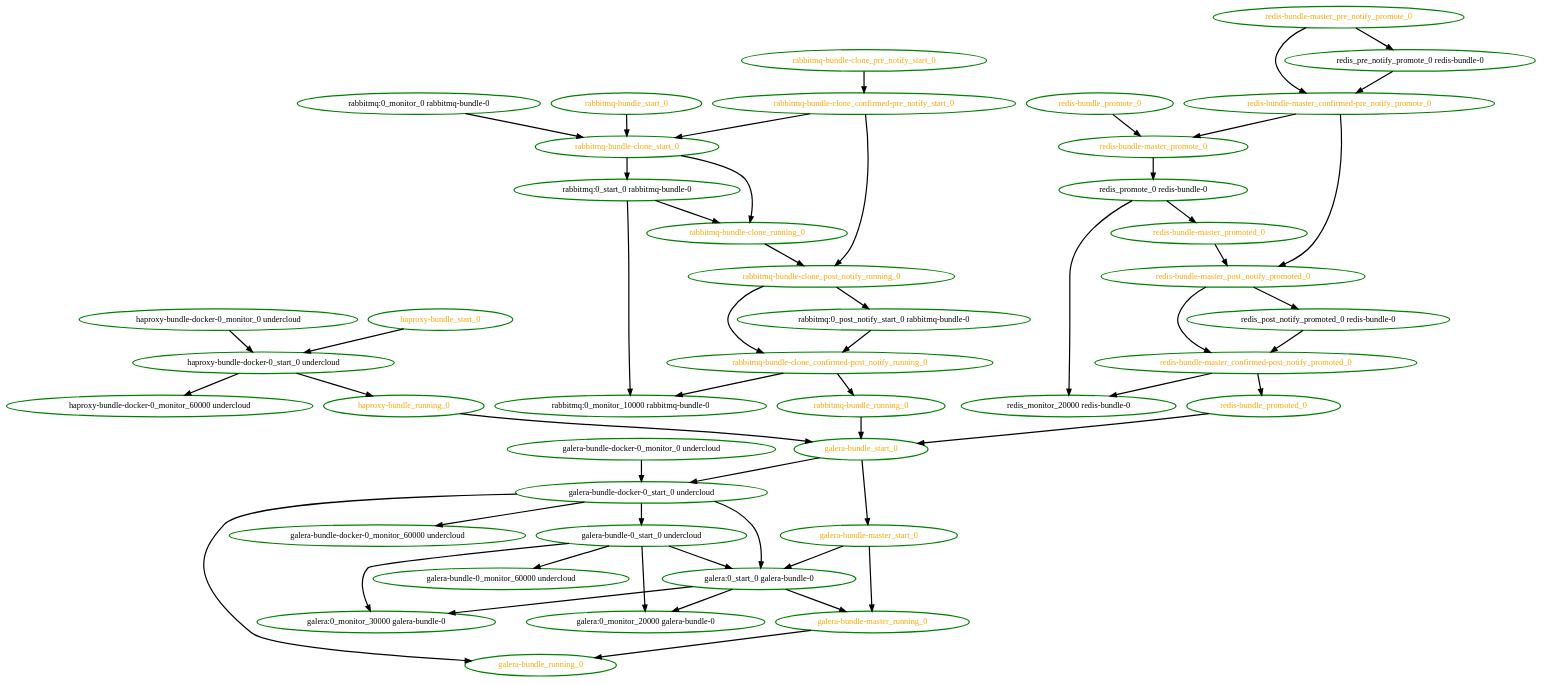
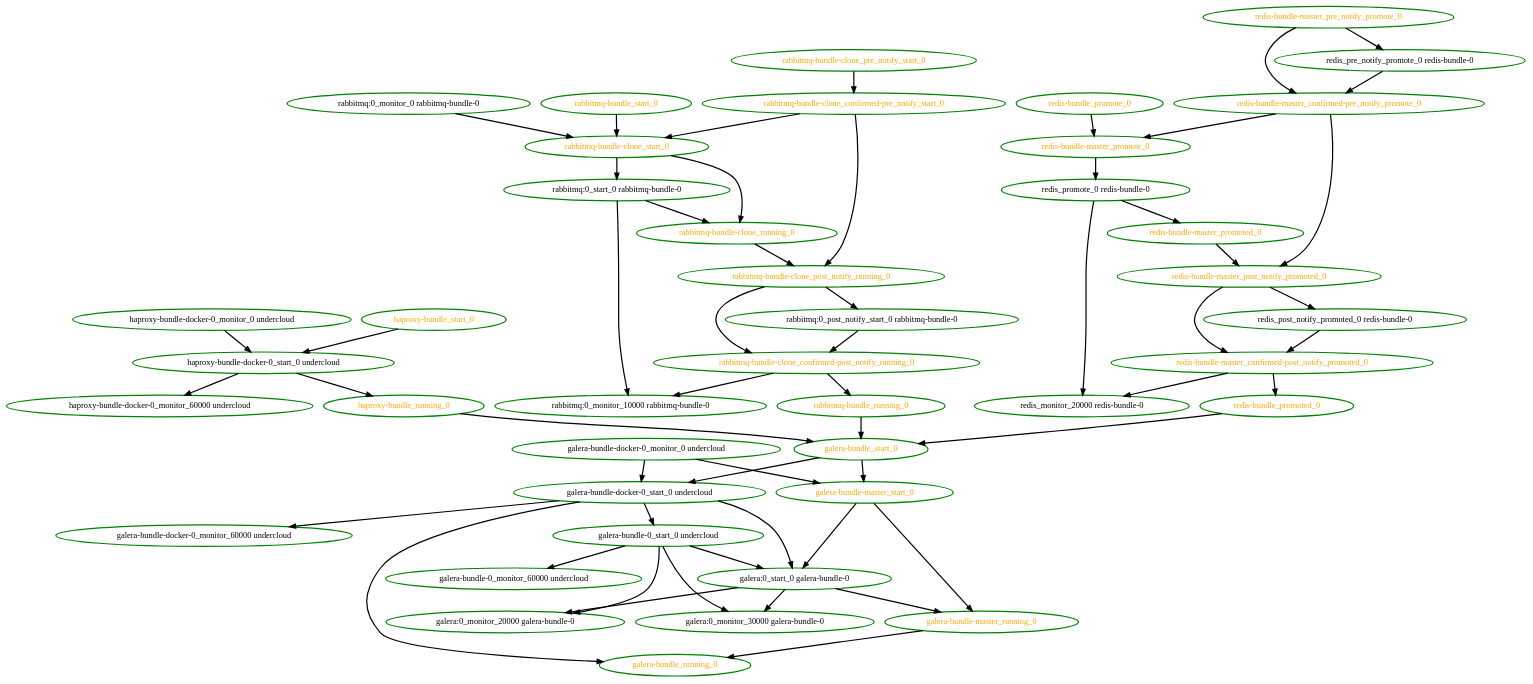
One commit to ClusterLabs/pacemaker changed the diagram in pengine/test10/bundle-order-partial-start.dot. Above: the diagram before and after it, drawn with Graphviz. The commit also changed 38 other files, not shown here.

```diff
--- a/pengine/test10/bundle-order-partial-start.dot
+++ b/pengine/test10/bundle-order-partial-start.dot
@@ -1,97 +1,98 @@
 digraph "g" {
 "galera-bundle-0_monitor_60000 undercloud" [ style=bold color="green" fontcolor="black"]
 "galera-bundle-0_start_0 undercloud" -> "galera-bundle-0_monitor_60000 undercloud" [ style = bold]
 "galera-bundle-0_start_0 undercloud" -> "galera:0_monitor_20000 galera-bundle-0" [ style = bold]
 "galera-bundle-0_start_0 undercloud" -> "galera:0_monitor_30000 galera-bundle-0" [ style = bold]
 "galera-bundle-0_start_0 undercloud" -> "galera:0_start_0 galera-bundle-0" [ style = bold]
 "galera-bundle-0_start_0 undercloud" [ style=bold color="green" fontcolor="black"]
 "galera-bundle-docker-0_monitor_0 undercloud" -> "galera-bundle-docker-0_start_0 undercloud" [ style = bold]
+"galera-bundle-docker-0_monitor_0 undercloud" -> "galera-bundle-master_start_0" [ style = bold]
 "galera-bundle-docker-0_monitor_0 undercloud" [ style=bold color="green" fontcolor="black"]
 "galera-bundle-docker-0_monitor_60000 undercloud" [ style=bold color="green" fontcolor="black"]
 "galera-bundle-docker-0_start_0 undercloud" -> "galera-bundle-0_start_0 undercloud" [ style = bold]
 "galera-bundle-docker-0_start_0 undercloud" -> "galera-bundle-docker-0_monitor_60000 undercloud" [ style = bold]
 "galera-bundle-docker-0_start_0 undercloud" -> "galera-bundle_running_0" [ style = bold]
 "galera-bundle-docker-0_start_0 undercloud" -> "galera:0_start_0 galera-bundle-0" [ style = bold]
 "galera-bundle-docker-0_start_0 undercloud" [ style=bold color="green" fontcolor="black"]
 "galera-bundle-master_running_0" -> "galera-bundle_running_0" [ style = bold]
 "galera-bundle-master_running_0" [ style=bold color="green" fontcolor="orange"]
 "galera-bundle-master_start_0" -> "galera-bundle-master_running_0" [ style = bold]
 "galera-bundle-master_start_0" -> "galera:0_start_0 galera-bundle-0" [ style = bold]
 "galera-bundle-master_start_0" [ style=bold color="green" fontcolor="orange"]
 "galera-bundle_running_0" [ style=bold color="green" fontcolor="orange"]
 "galera-bundle_start_0" -> "galera-bundle-docker-0_start_0 undercloud" [ style = bold]
 "galera-bundle_start_0" -> "galera-bundle-master_start_0" [ style = bold]
 "galera-bundle_start_0" [ style=bold color="green" fontcolor="orange"]
 "galera:0_monitor_20000 galera-bundle-0" [ style=bold color="green" fontcolor="black"]
 "galera:0_monitor_30000 galera-bundle-0" [ style=bold color="green" fontcolor="black"]
 "galera:0_start_0 galera-bundle-0" -> "galera-bundle-master_running_0" [ style = bold]
 "galera:0_start_0 galera-bundle-0" -> "galera:0_monitor_20000 galera-bundle-0" [ style = bold]
 "galera:0_start_0 galera-bundle-0" -> "galera:0_monitor_30000 galera-bundle-0" [ style = bold]
 "galera:0_start_0 galera-bundle-0" [ style=bold color="green" fontcolor="black"]
 "haproxy-bundle-docker-0_monitor_0 undercloud" -> "haproxy-bundle-docker-0_start_0 undercloud" [ style = bold]
 "haproxy-bundle-docker-0_monitor_0 undercloud" [ style=bold color="green" fontcolor="black"]
 "haproxy-bundle-docker-0_monitor_60000 undercloud" [ style=bold color="green" fontcolor="black"]
 "haproxy-bundle-docker-0_start_0 undercloud" -> "haproxy-bundle-docker-0_monitor_60000 undercloud" [ style = bold]
 "haproxy-bundle-docker-0_start_0 undercloud" -> "haproxy-bundle_running_0" [ style = bold]
 "haproxy-bundle-docker-0_start_0 undercloud" [ style=bold color="green" fontcolor="black"]
 "haproxy-bundle_running_0" -> "galera-bundle_start_0" [ style = bold]
 "haproxy-bundle_running_0" [ style=bold color="green" fontcolor="orange"]
 "haproxy-bundle_start_0" -> "haproxy-bundle-docker-0_start_0 undercloud" [ style = bold]
 "haproxy-bundle_start_0" [ style=bold color="green" fontcolor="orange"]
 "rabbitmq-bundle-clone_confirmed-post_notify_running_0" -> "rabbitmq-bundle_running_0" [ style = bold]
 "rabbitmq-bundle-clone_confirmed-post_notify_running_0" -> "rabbitmq:0_monitor_10000 rabbitmq-bundle-0" [ style = bold]
 "rabbitmq-bundle-clone_confirmed-post_notify_running_0" [ style=bold color="green" fontcolor="orange"]
 "rabbitmq-bundle-clone_confirmed-pre_notify_start_0" -> "rabbitmq-bundle-clone_post_notify_running_0" [ style = bold]
 "rabbitmq-bundle-clone_confirmed-pre_notify_start_0" -> "rabbitmq-bundle-clone_start_0" [ style = bold]
 "rabbitmq-bundle-clone_confirmed-pre_notify_start_0" [ style=bold color="green" fontcolor="orange"]
 "rabbitmq-bundle-clone_post_notify_running_0" -> "rabbitmq-bundle-clone_confirmed-post_notify_running_0" [ style = bold]
 "rabbitmq-bundle-clone_post_notify_running_0" -> "rabbitmq:0_post_notify_start_0 rabbitmq-bundle-0" [ style = bold]
 "rabbitmq-bundle-clone_post_notify_running_0" [ style=bold color="green" fontcolor="orange"]
 "rabbitmq-bundle-clone_pre_notify_start_0" -> "rabbitmq-bundle-clone_confirmed-pre_notify_start_0" [ style = bold]
 "rabbitmq-bundle-clone_pre_notify_start_0" [ style=bold color="green" fontcolor="orange"]
 "rabbitmq-bundle-clone_running_0" -> "rabbitmq-bundle-clone_post_notify_running_0" [ style = bold]
 "rabbitmq-bundle-clone_running_0" [ style=bold color="green" fontcolor="orange"]
 "rabbitmq-bundle-clone_start_0" -> "rabbitmq-bundle-clone_running_0" [ style = bold]
 "rabbitmq-bundle-clone_start_0" -> "rabbitmq:0_start_0 rabbitmq-bundle-0" [ style = bold]
 "rabbitmq-bundle-clone_start_0" [ style=bold color="green" fontcolor="orange"]
 "rabbitmq-bundle_running_0" -> "galera-bundle_start_0" [ style = bold]
 "rabbitmq-bundle_running_0" [ style=bold color="green" fontcolor="orange"]
 "rabbitmq-bundle_start_0" -> "rabbitmq-bundle-clone_start_0" [ style = bold]
 "rabbitmq-bundle_start_0" [ style=bold color="green" fontcolor="orange"]
 "rabbitmq:0_monitor_0 rabbitmq-bundle-0" -> "rabbitmq-bundle-clone_start_0" [ style = bold]
 "rabbitmq:0_monitor_0 rabbitmq-bundle-0" [ style=bold color="green" fontcolor="black"]
 "rabbitmq:0_monitor_10000 rabbitmq-bundle-0" [ style=bold color="green" fontcolor="black"]
 "rabbitmq:0_post_notify_start_0 rabbitmq-bundle-0" -> "rabbitmq-bundle-clone_confirmed-post_notify_running_0" [ style = bold]
 "rabbitmq:0_post_notify_start_0 rabbitmq-bundle-0" [ style=bold color="green" fontcolor="black"]
 "rabbitmq:0_start_0 rabbitmq-bundle-0" -> "rabbitmq-bundle-clone_running_0" [ style = bold]
 "rabbitmq:0_start_0 rabbitmq-bundle-0" -> "rabbitmq:0_monitor_10000 rabbitmq-bundle-0" [ style = bold]
 "rabbitmq:0_start_0 rabbitmq-bundle-0" [ style=bold color="green" fontcolor="black"]
 "redis-bundle-master_confirmed-post_notify_promoted_0" -> "redis-bundle_promoted_0" [ style = bold]
 "redis-bundle-master_confirmed-post_notify_promoted_0" -> "redis_monitor_20000 redis-bundle-0" [ style = bold]
 "redis-bundle-master_confirmed-post_notify_promoted_0" [ style=bold color="green" fontcolor="orange"]
 "redis-bundle-master_confirmed-pre_notify_promote_0" -> "redis-bundle-master_post_notify_promoted_0" [ style = bold]
 "redis-bundle-master_confirmed-pre_notify_promote_0" -> "redis-bundle-master_promote_0" [ style = bold]
 "redis-bundle-master_confirmed-pre_notify_promote_0" [ style=bold color="green" fontcolor="orange"]
 "redis-bundle-master_post_notify_promoted_0" -> "redis-bundle-master_confirmed-post_notify_promoted_0" [ style = bold]
 "redis-bundle-master_post_notify_promoted_0" -> "redis_post_notify_promoted_0 redis-bundle-0" [ style = bold]
 "redis-bundle-master_post_notify_promoted_0" [ style=bold color="green" fontcolor="orange"]
 "redis-bundle-master_pre_notify_promote_0" -> "redis-bundle-master_confirmed-pre_notify_promote_0" [ style = bold]
 "redis-bundle-master_pre_notify_promote_0" -> "redis_pre_notify_promote_0 redis-bundle-0" [ style = bold]
 "redis-bundle-master_pre_notify_promote_0" [ style=bold color="green" fontcolor="orange"]
 "redis-bundle-master_promote_0" -> "redis_promote_0 redis-bundle-0" [ style = bold]
 "redis-bundle-master_promote_0" [ style=bold color="green" fontcolor="orange"]
 "redis-bundle-master_promoted_0" -> "redis-bundle-master_post_notify_promoted_0" [ style = bold]
 "redis-bundle-master_promoted_0" [ style=bold color="green" fontcolor="orange"]
 "redis-bundle_promote_0" -> "redis-bundle-master_promote_0" [ style = bold]
 "redis-bundle_promote_0" [ style=bold color="green" fontcolor="orange"]
 "redis-bundle_promoted_0" -> "galera-bundle_start_0" [ style = bold]
 "redis-bundle_promoted_0" [ style=bold color="green" fontcolor="orange"]
 "redis_monitor_20000 redis-bundle-0" [ style=bold color="green" fontcolor="black"]
 "redis_post_notify_promoted_0 redis-bundle-0" -> "redis-bundle-master_confirmed-post_notify_promoted_0" [ style = bold]
 "redis_post_notify_promoted_0 redis-bundle-0" [ style=bold color="green" fontcolor="black"]
 "redis_pre_notify_promote_0 redis-bundle-0" -> "redis-bundle-master_confirmed-pre_notify_promote_0" [ style = bold]
 "redis_pre_notify_promote_0 redis-bundle-0" [ style=bold color="green" fontcolor="black"]
 "redis_promote_0 redis-bundle-0" -> "redis-bundle-master_promoted_0" [ style = bold]
 "redis_promote_0 redis-bundle-0" -> "redis_monitor_20000 redis-bundle-0" [ style = bold]
 "redis_promote_0 redis-bundle-0" [ style=bold color="green" fontcolor="black"]
 }
```
